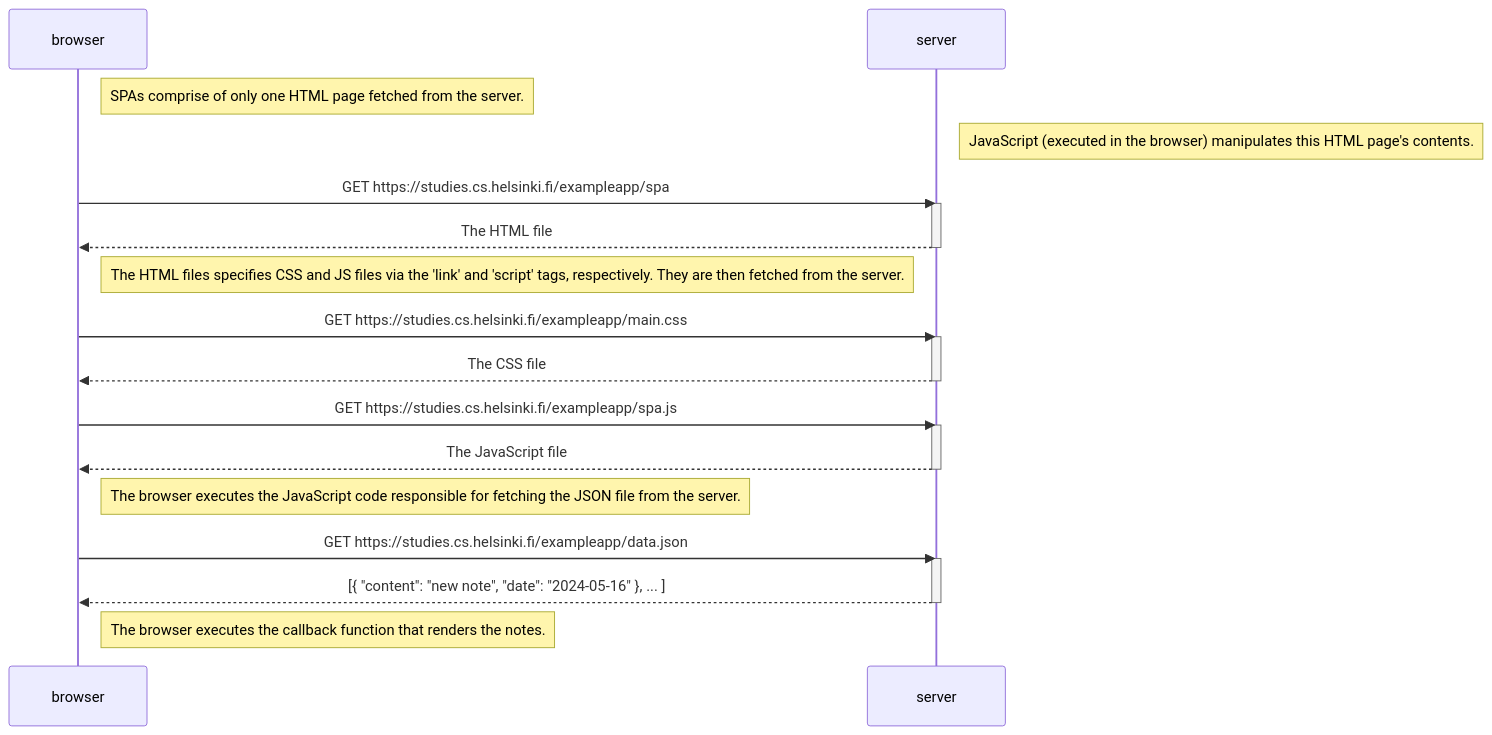
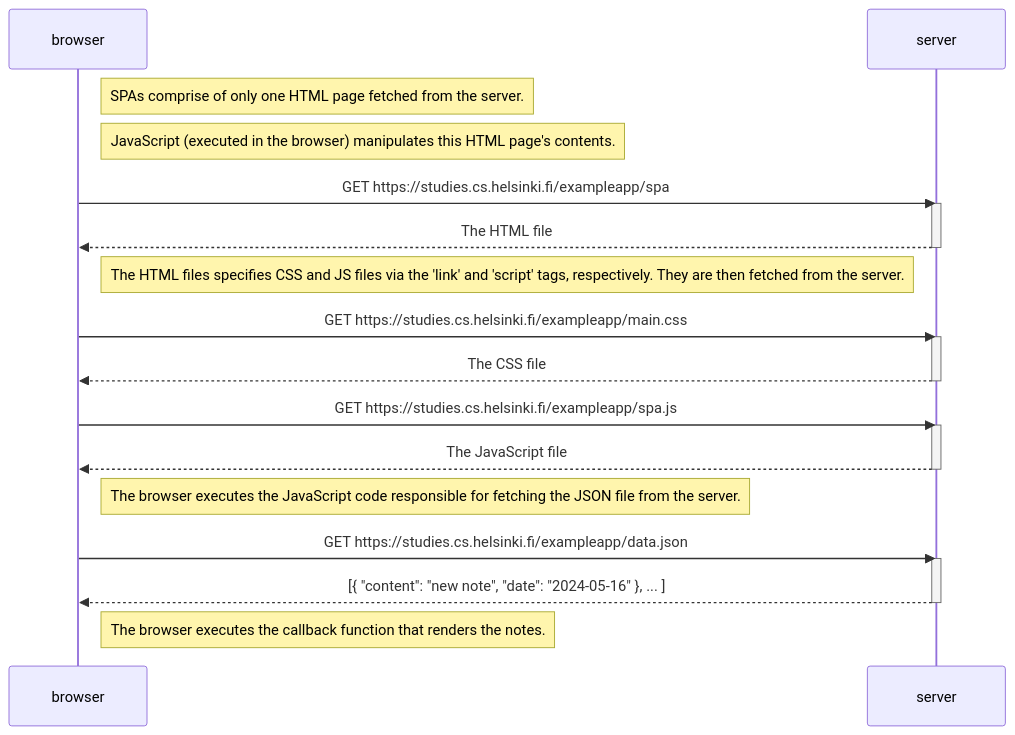
Before and after one commit to roseniv18/fullstackopen: the diagram in part0/0.5 Single page app diagram/mermaid-diagram.md, drawn with Mermaid.

Commit message:
comment positioning

````diff
--- a/part0/0.5 Single page app diagram/mermaid-diagram.md
+++ b/part0/0.5 Single page app diagram/mermaid-diagram.md
@@ -1,32 +1,32 @@
 ```mermaid
 sequenceDiagram
 participant browser
 participant server
 
     Note right of browser: SPAs comprise of only one HTML page fetched from the server.
-    Note right of server: JavaScript (executed in the browser) manipulates this HTML page's contents.
+    Note right of browser: JavaScript (executed in the browser) manipulates this HTML page's contents.
     browser->>server: GET https://studies.cs.helsinki.fi/exampleapp/spa
     activate server
     server-->>browser: The HTML file
     deactivate server
 
     Note right of browser: The HTML files specifies CSS and JS files via the 'link' and 'script' tags, respectively. They are then fetched from the server.
     browser->>server: GET https://studies.cs.helsinki.fi/exampleapp/main.css
     activate server
     server-->>browser: The CSS file
     deactivate server
 
     browser->>server: GET https://studies.cs.helsinki.fi/exampleapp/spa.js
     activate server
     server-->>browser: The JavaScript file
     deactivate server
 
     Note right of browser: The browser executes the JavaScript code responsible for fetching the JSON file from the server.
 
     browser->>server: GET https://studies.cs.helsinki.fi/exampleapp/data.json
     activate server
     server-->>browser: [{ "content": "new note", "date": "2024-05-16" }, ... ]
     deactivate server
 
     Note right of browser: The browser executes the callback function that renders the notes.
 ```
````
